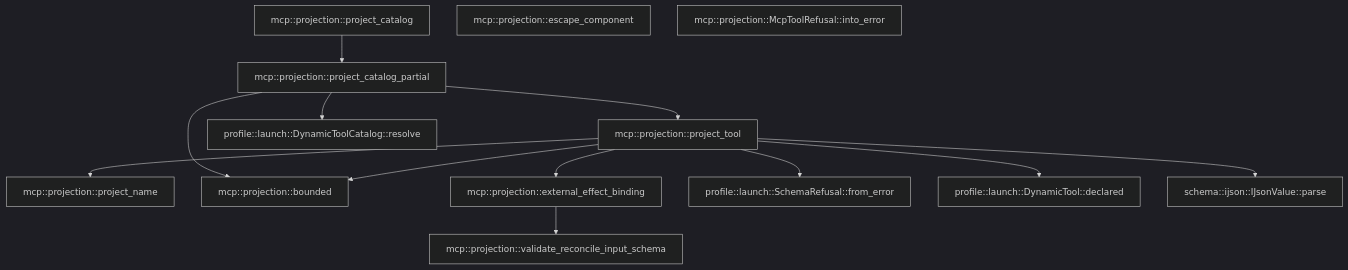
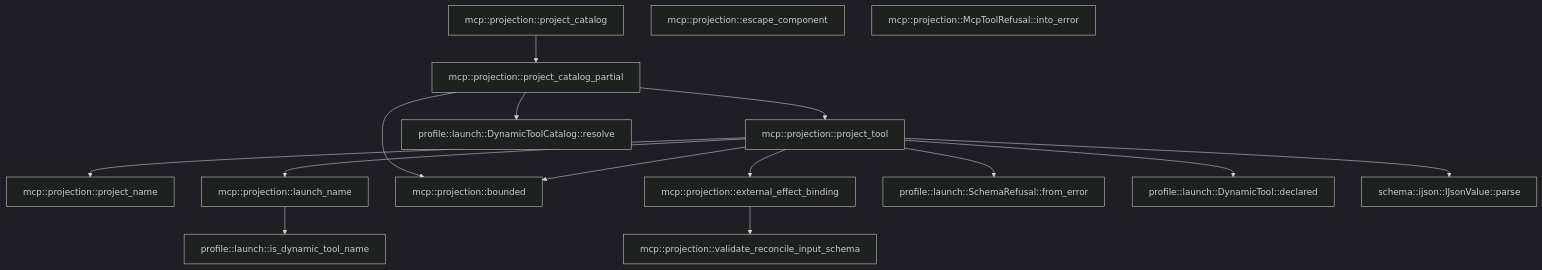
The diagram in crates/mcp/docs/generated/src--projection.md (TekesApps/TekesKernel), drawn with Mermaid (dark theme) before and after one commit. The commit also changed other lines of this file and 37 other files, not shown here.

First line of the commit message:
Review fixes: a policy that set accepts never breaks the launch binding

````diff
--- a/crates/mcp/docs/generated/src--projection.md
+++ b/crates/mcp/docs/generated/src--projection.md
@@ -62,27 +64,31 @@
 ```mermaid
 flowchart TD
   n0["mcp::projection::project_catalog_partial"]
   n1["mcp::projection::project_name"]
   n2["mcp::projection::project_tool"]
-  n3["mcp::projection::bounded"]
-  n4["mcp::projection::external_effect_binding"]
+  n3["mcp::projection::launch_name"]
+  n4["mcp::projection::bounded"]
   n5["mcp::projection::project_catalog"]
-  n6["mcp::projection::validate_reconcile_input_schema"]
-  n7["mcp::projection::escape_component"]
-  n8["mcp::projection::McpToolRefusal::into_error"]
-  n9["profile::launch::DynamicToolCatalog::resolve"]
-  n10["profile::launch::SchemaRefusal::from_error"]
-  n11["profile::launch::DynamicTool::declared"]
-  n12["schema::ijson::IJsonValue::parse"]
+  n6["mcp::projection::external_effect_binding"]
+  n7["mcp::projection::validate_reconcile_input_schema"]
+  n8["mcp::projection::escape_component"]
+  n9["mcp::projection::McpToolRefusal::into_error"]
+  n10["profile::launch::DynamicToolCatalog::resolve"]
+  n11["profile::launch::SchemaRefusal::from_error"]
+  n12["profile::launch::is_dynamic_tool_name"]
+  n13["profile::launch::DynamicTool::declared"]
+  n14["schema::ijson::IJsonValue::parse"]
   n0 --> n2
-  n0 --> n3
-  n0 --> n9
+  n0 --> n4
+  n0 --> n10
   n2 --> n1
   n2 --> n3
   n2 --> n4
-  n2 --> n10
+  n2 --> n6
   n2 --> n11
-  n2 --> n12
-  n4 --> n6
+  n2 --> n13
+  n2 --> n14
+  n3 --> n12
   n5 --> n0
+  n6 --> n7
 ```
````
